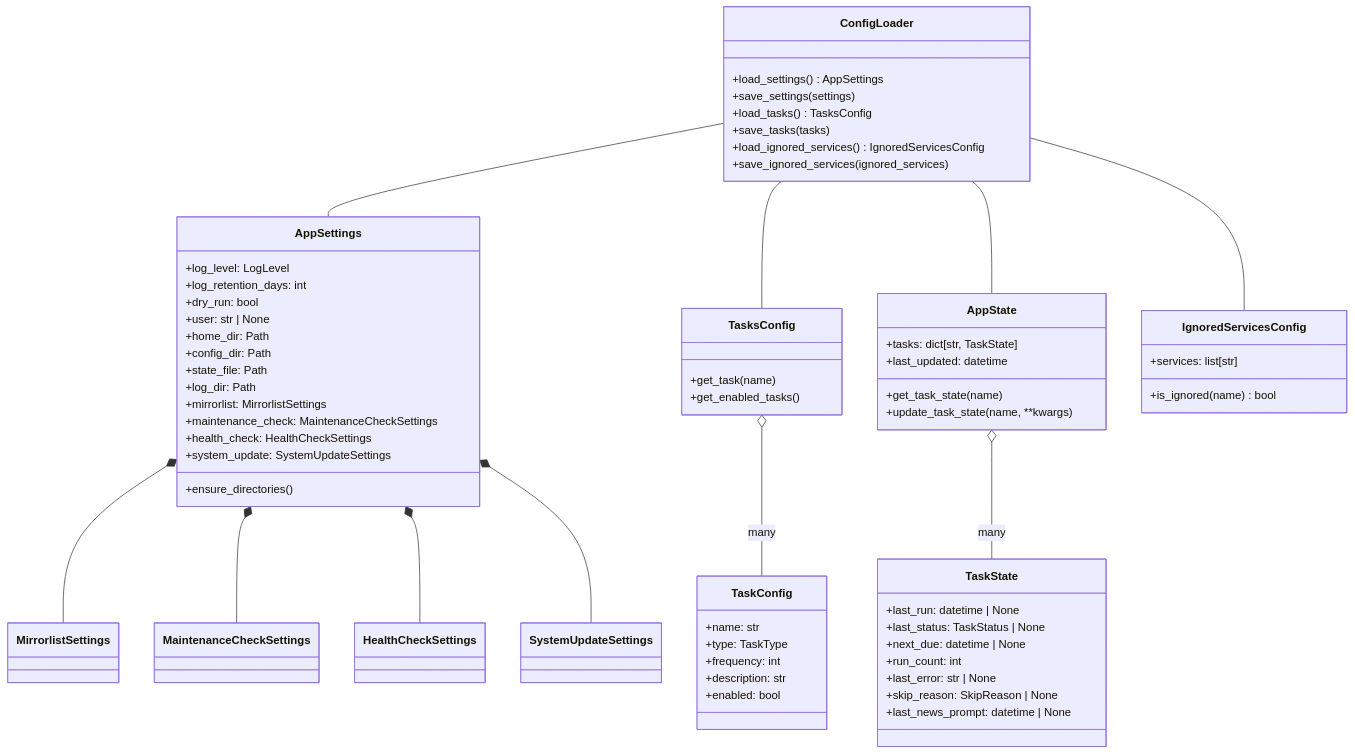
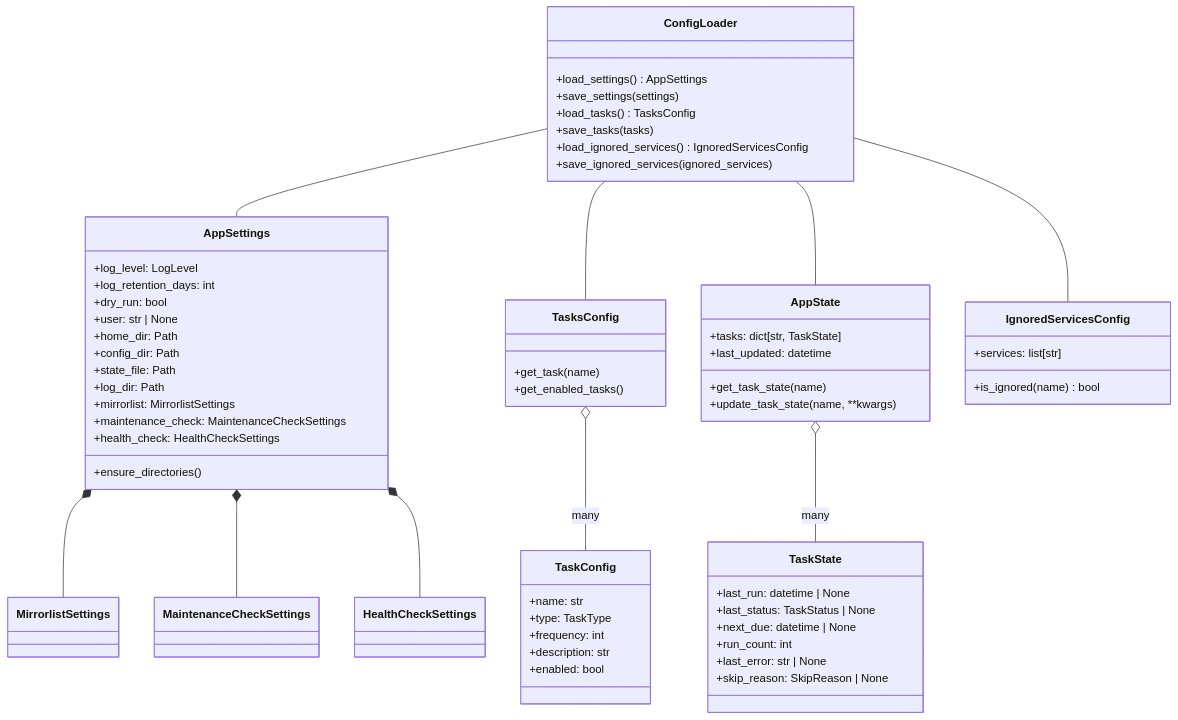
Before and after one commit to shayanmoosavi/archcare: the fourth of 7 diagrams in docs/architecture/class-relationships.md, drawn with Mermaid. The commit also changed other lines of this file and 21 other files, not shown here.

Commit message:
Revert "Refactor/architecture refinement"

````diff
--- a/docs/architecture/class-relationships.md
+++ b/docs/architecture/class-relationships.md
@@ -203,73 +182,70 @@
 ```mermaid
 classDiagram
     class ConfigLoader {
         +load_settings() AppSettings
         +save_settings(settings)
         +load_tasks() TasksConfig
         +save_tasks(tasks)
         +load_ignored_services() IgnoredServicesConfig
         +save_ignored_services(ignored_services)
     }
 
     class AppSettings {
         +log_level: LogLevel
         +log_retention_days: int
         +dry_run: bool
         +user: str | None
         +home_dir: Path
         +config_dir: Path
         +state_file: Path
         +log_dir: Path
         +mirrorlist: MirrorlistSettings
         +maintenance_check: MaintenanceCheckSettings
         +health_check: HealthCheckSettings
-        +system_update: SystemUpdateSettings
         +ensure_directories()
     }
 
     class AppState {
         +tasks: dict[str, TaskState]
         +last_updated: datetime
         +get_task_state(name)
         +update_task_state(name, **kwargs)
     }
 
     class TaskState {
         +last_run: datetime | None
         +last_status: TaskStatus | None
         +next_due: datetime | None
         +run_count: int
         +last_error: str | None
         +skip_reason: SkipReason | None
-        +last_news_prompt: datetime | None
     }
 
     class TasksConfig {
         +get_task(name)
         +get_enabled_tasks()
     }
 
     class TaskConfig {
         +name: str
         +type: TaskType
         +frequency: int
         +description: str
         +enabled: bool
     }
 
     class IgnoredServicesConfig {
         +services: list[str]
         +is_ignored(name) bool
     }
 
     ConfigLoader -- AppSettings
     ConfigLoader -- TasksConfig
     ConfigLoader -- IgnoredServicesConfig
     ConfigLoader -- AppState
     AppSettings *-- MirrorlistSettings
     AppSettings *-- MaintenanceCheckSettings
     AppSettings *-- HealthCheckSettings
-    AppSettings *-- SystemUpdateSettings
     AppState o-- TaskState : many
     TasksConfig o-- TaskConfig : many
 ```
````
